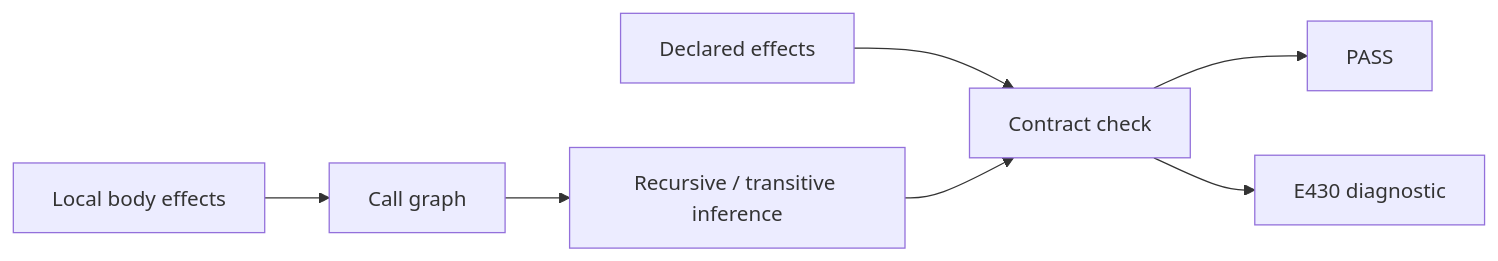
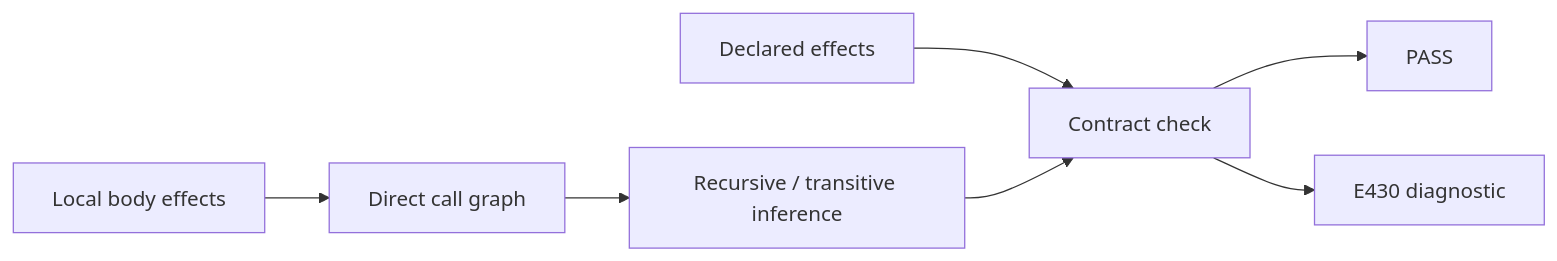
Before and after one commit to tedvin-dev/tedvin-dev: the second of 3 diagrams in README.md, drawn with Mermaid. The commit also changed other lines of this file, not shown here.

````diff
--- a/README.md
+++ b/README.md
@@ -200,9 +313,9 @@
 ```mermaid
 flowchart LR
     A["Declared effects"] --> E["Contract check"]
-    B["Local body effects"] --> C["Call graph"]
+    B["Local body effects"] --> C["Direct call graph"]
     C --> D["Recursive / transitive inference"]
     D --> E
     E --> F["PASS"]
     E --> G["E430 diagnostic"]
 ```
````
